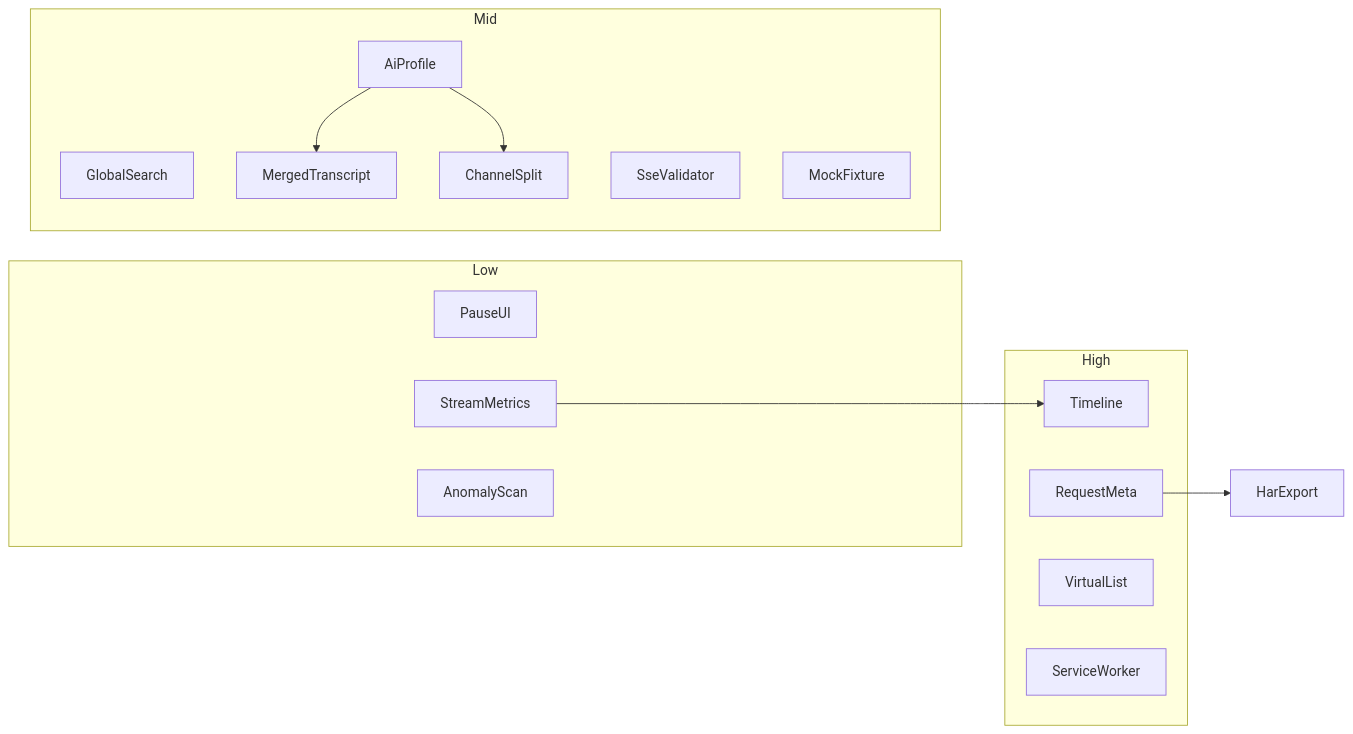
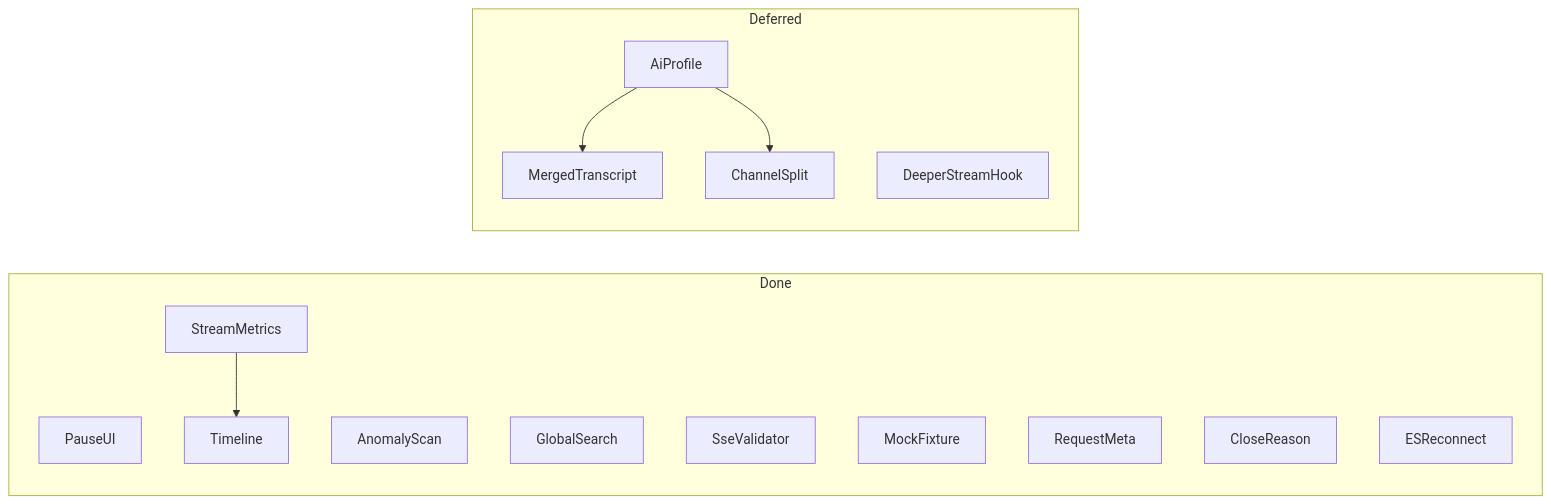
The diagram in b-features_difficulty_plan_bb466df4plan.md (FatMii/sse-devtools-panel), drawn with Mermaid before and after one commit. The commit also changed other lines of this file and 6 other files, not shown here.

````diff
--- a/b-features_difficulty_plan_bb466df4plan.md
+++ b/b-features_difficulty_plan_bb466df4plan.md
@@ -60,26 +74,24 @@
 ```mermaid
 flowchart LR
-  subgraph easy [Low]
+  subgraph done [Done]
     Pause[PauseUI]
     Metrics[StreamMetrics]
     Anomaly[AnomalyScan]
-  end
-  subgraph mid [Mid]
-    GlobalSearch[GlobalSearch]
-    Merge[MergedTranscript]
-    Profile[AiProfile]
-    Channels[ChannelSplit]
+    Search[GlobalSearch]
     Spec[SseValidator]
     Fixture[MockFixture]
-  end
-  subgraph hard [High]
     Timeline[Timeline]
     Req[RequestMeta]
-    Virtual[VirtualList]
-    SW[ServiceWorker]
+    Close[CloseReason]
+    Reconnect[ESReconnect]
+  end
+  subgraph deferred [Deferred]
+    Profile[AiProfile]
+    Merge[MergedTranscript]
+    Channels[ChannelSplit]
+    DeepHook[DeeperStreamHook]
   end
   Profile --> Merge
   Profile --> Channels
   Metrics --> Timeline
-  Req --> HAR[HarExport]
 ```
````
